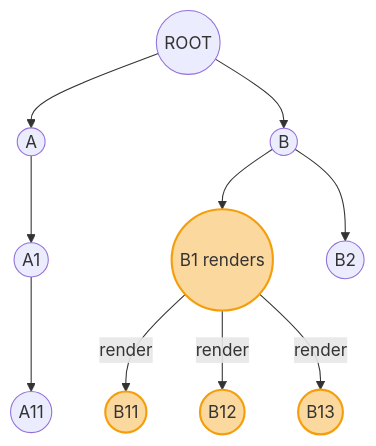
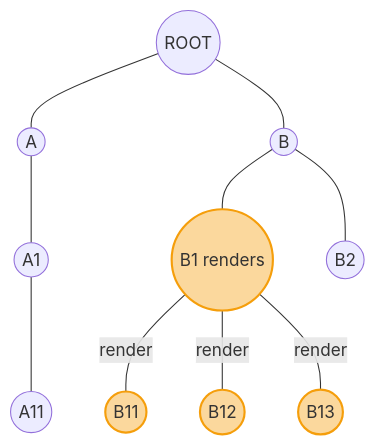
One commit to AlexeyPopovUA/me changed the second of 4 diagrams in front-end/content/articles/react-application-performance-profiling-and-improvement/article.mdx. Above: the diagram before and after it, drawn with Mermaid. The commit also changed other lines of this file and 31 other files, not shown here.

````diff
--- a/front-end/content/articles/react-application-performance-profiling-and-improvement/article.mdx
+++ b/front-end/content/articles/react-application-performance-profiling-and-improvement/article.mdx
@@ -95,16 +97,16 @@
 ```mermaid
 flowchart TB
     classDef renders fill: #fbd89d, stroke: #f59e0b, stroke-width: 2px
     idB1:::renders
     idB11:::renders
     idB12:::renders
     idB13:::renders
-    idRoot((ROOT)) --> idA((A));
-    idA((A)) --> idA1((A1)) --> idA11((A11))
-    idRoot((ROOT)) --> idB((B))
-    idB((B)) --> idB1((B1 renders))
-    idB((B)) --> idB2((B2));
-    idB1((B1 renders)) -- render --> idB11((B11));
-    idB1((B1 renders)) -- render --> idB12((B12));
-    idB1((B1 renders)) -- render --> idB13((B13));
+    idRoot((ROOT)) --- idA((A));
+    idA((A)) --- idA1((A1)) --- idA11((A11))
+    idRoot((ROOT)) --- idB((B))
+    idB((B)) --- idB1((B1 renders))
+    idB((B)) --- idB2((B2));
+    idB1((B1 renders)) -- render --- idB11((B11));
+    idB1((B1 renders)) -- render --- idB12((B12));
+    idB1((B1 renders)) -- render --- idB13((B13));
 ```
````
